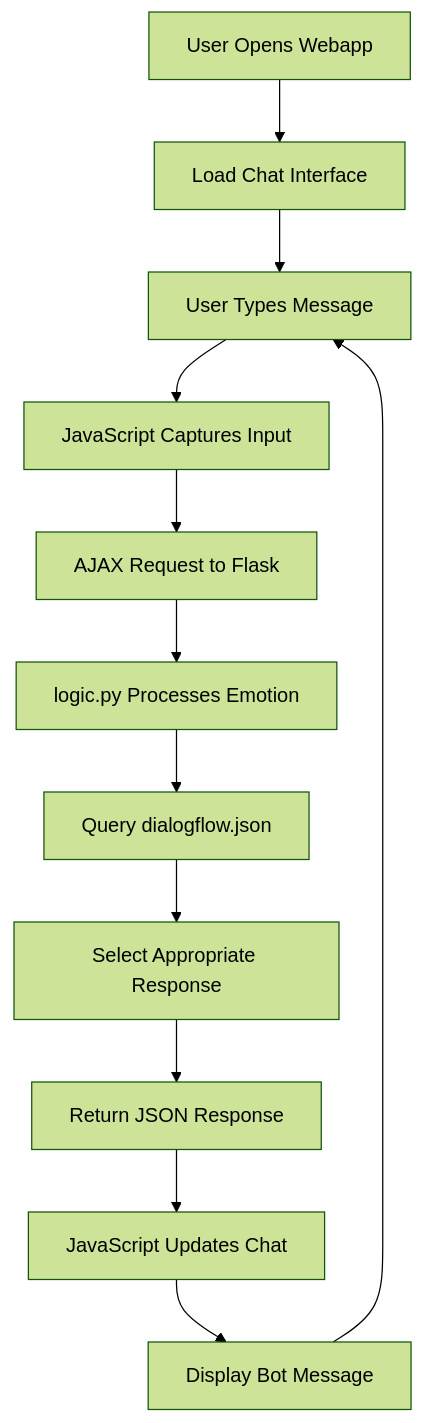
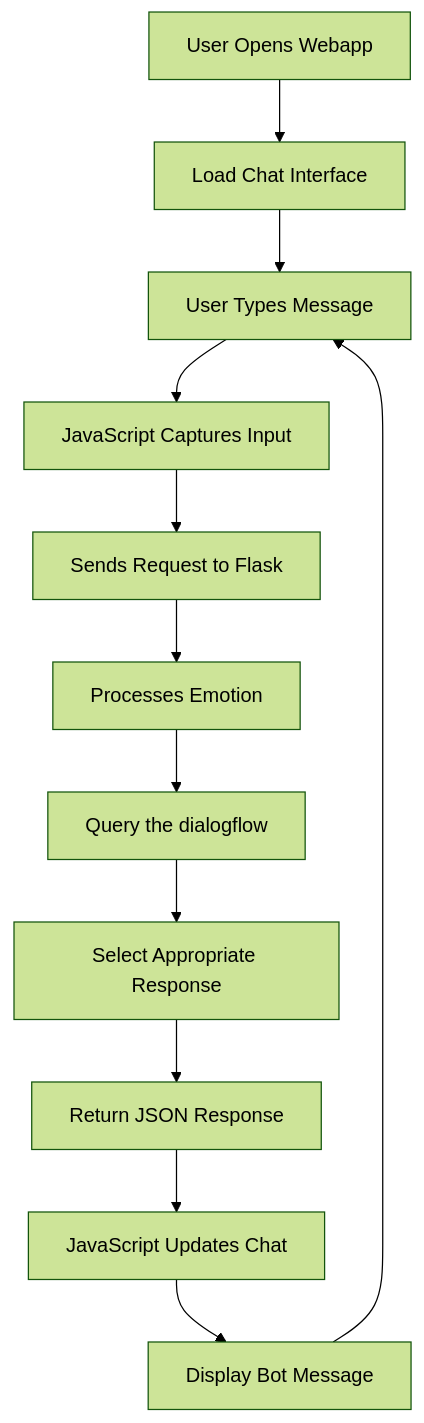
Before and after one commit to nikhom14/Real-Time-Chatbot: the diagram in README.md, drawn with Mermaid (forest theme). The commit also changed other lines of this file, not shown here.

````diff
--- a/README.md
+++ b/README.md
@@ -94,14 +79,14 @@
 ```mermaid
 graph TD
     A[User Opens Webapp] --> B[Load Chat Interface]
     B --> C[User Types Message]
     C --> D[JavaScript Captures Input]
-    D --> E[AJAX Request to Flask]
-    E --> F[logic.py Processes Emotion]
-    F --> G[Query dialogflow.json]
+    D --> E[Sends Request to Flask]
+    E --> F[Processes Emotion]
+    F --> G[Query the dialogflow]
     G --> H[Select Appropriate Response]
     H --> I[Return JSON Response]
     I --> J[JavaScript Updates Chat]
     J --> K[Display Bot Message]
     K --> C
 ```
````
